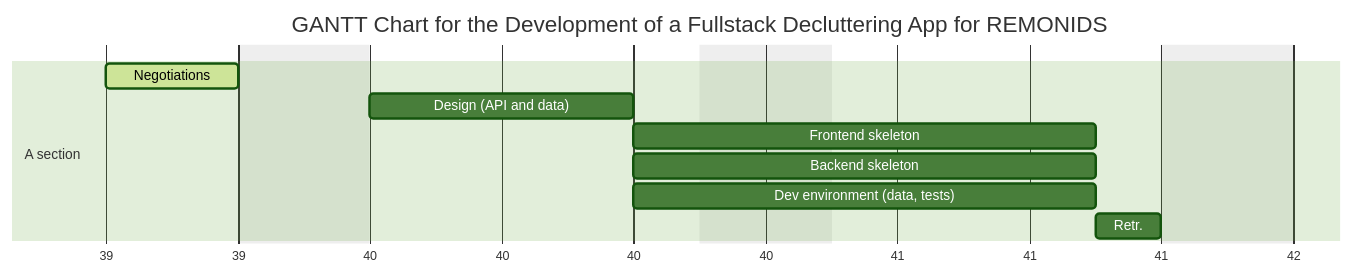
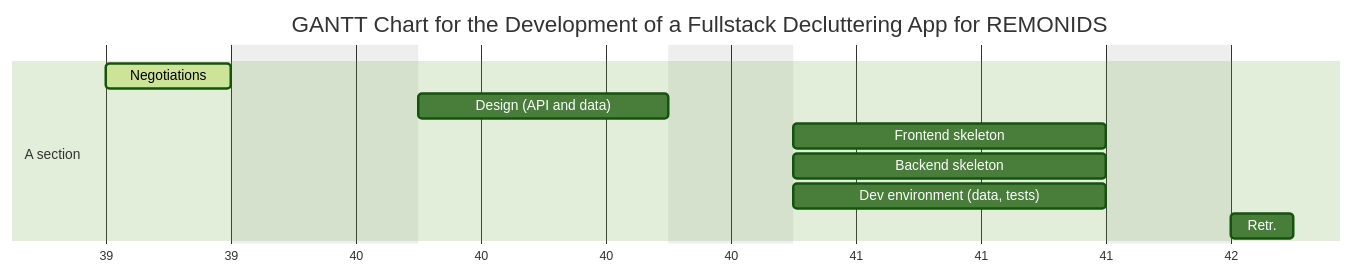
One commit to WildCodeSchool/2022-07-EN-Berlin-Remote1-Project3Planning changed the first of 2 diagrams in README.md. Above: the diagram before and after it, drawn with Mermaid (forest theme). The commit also changed other lines of this file, not shown here.

Commit message:
Added national holiday (german unity) to gantt chart

````diff
--- a/README.md
+++ b/README.md
@@ -8,15 +8,15 @@
 ```mermaid
 gantt
 dateFormat  YYYY-MM-DD
 axisFormat  %W
 title GANTT Chart for the Development of a Fullstack Decluttering App for REMONIDS
-excludes weekends
+excludes weekends 2022-10-03
 
 section A section
 Negotiations                    :active,  des1, 2022-09-29, 2d
 Design (API and data)           :         des2, after des1, 4d
 Frontend skeleton               :         des3, after des2, 5d
 Backend skeleton                :         des4, after des2, 5d
 Dev environment (data, tests)   :         des5, after des2, 5d
 Retr.                           :         des6, after des3 after des4 after des5, 1d
 ```
````
